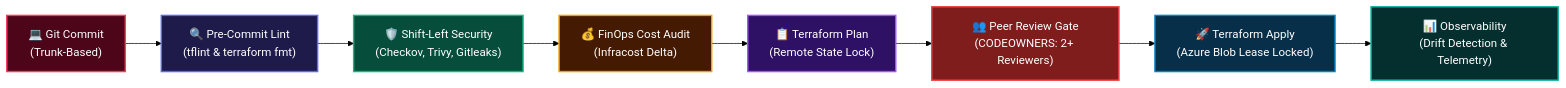
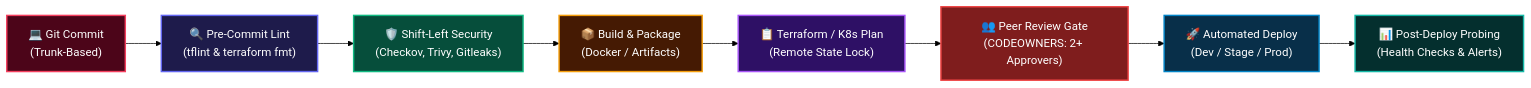
Before and after one commit to Sarvesh0401/Sarvesh0401: the third of 6 diagrams in README.md, drawn with Mermaid (forest theme). The commit also changed other lines of this file and 3 other files, not shown here.

First line of the commit message:
feat: align profile to Senior DevSecOps focusing on Terraform, CI/CD, and Kubernetes

````diff
--- a/README.md
+++ b/README.md
@@ -208,28 +160,28 @@
 ```mermaid
 flowchart LR
     A["💻 Git Commit<br/>(Trunk-Based)"] --> B["🔍 Pre-Commit Lint<br/>(tflint & terraform fmt)"]
     B --> C["🛡️ Shift-Left Security<br/>(Checkov, Trivy, Gitleaks)"]
-    C --> D["💰 FinOps Cost Audit<br/>(Infracost Delta)"]
-    D --> E["📋 Terraform Plan<br/>(Remote State Lock)"]
-    E --> F["👥 Peer Review Gate<br/>(CODEOWNERS: 2+ Reviewers)"]
-    F --> G["🚀 Terraform Apply<br/>(Azure Blob Lease Locked)"]
-    G --> H["📊 Observability<br/>(Drift Detection & Telemetry)"]
+    C --> D["📦 Build & Package<br/>(Docker / Artifacts)"]
+    D --> E["📋 Terraform / K8s Plan<br/>(Remote State Lock)"]
+    E --> F["👥 Peer Review Gate<br/>(CODEOWNERS: 2+ Approvers)"]
+    F --> G["🚀 Automated Deploy<br/>(Dev / Stage / Prod)"]
+    G --> H["📊 Post-Deploy Probing<br/>(Health Checks & Alerts)"]
 
     classDef cGit fill:#4c0519,stroke:#f43f5e,stroke-width:2px,color:#ffffff;
     classDef cLint fill:#1e1b4b,stroke:#6366f1,stroke-width:2px,color:#ffffff;
     classDef cSec fill:#064e3b,stroke:#10b981,stroke-width:2px,color:#ffffff;
-    classDef cCost fill:#451a03,stroke:#f59e0b,stroke-width:2px,color:#ffffff;
+    classDef cBuild fill:#451a03,stroke:#f59e0b,stroke-width:2px,color:#ffffff;
     classDef cPlan fill:#2e1065,stroke:#a855f7,stroke-width:2px,color:#ffffff;
     classDef cGate fill:#7f1d1d,stroke:#ef4444,stroke-width:2px,color:#ffffff;
     classDef cApply fill:#082f49,stroke:#0284c7,stroke-width:2px,color:#ffffff;
     classDef cObs fill:#042f2e,stroke:#14b8a6,stroke-width:2px,color:#ffffff;
 
     class A cGit;
     class B cLint;
     class C cSec;
-    class D cCost;
+    class D cBuild;
     class E cPlan;
     class F cGate;
     class G cApply;
     class H cObs;
 ```
````
